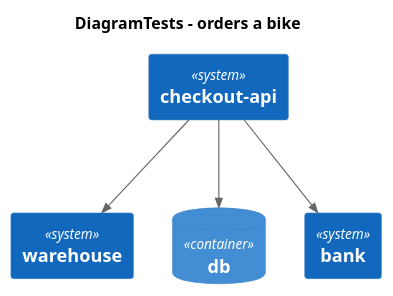
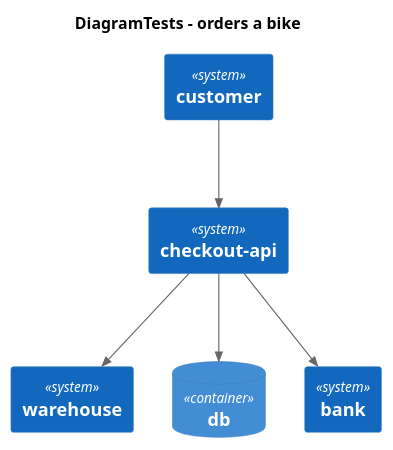
The diagram in diagrams/http4k-diagrams/.generated/DiagramTests - orders a bike - Interactions.puml (p10r/bike-checkout-api), drawn with PlantUML before and after one commit. The commit also changed 4 other files, not shown here.

```diff
--- a/diagrams/http4k-diagrams/.generated/DiagramTests - orders a bike - Interactions.puml
+++ b/diagrams/http4k-diagrams/.generated/DiagramTests - orders a bike - Interactions.puml
@@ -1,14 +1,16 @@
 @startuml
 title DiagramTests - orders a bike
 
 !include https://raw.githubusercontent.com/plantuml-stdlib/C4-PlantUML/master/C4_Container.puml
 
 
+System(customer, "customer")
 System(checkoutapi, "checkout-api")
 System(warehouse, "warehouse")
 ContainerDb(db, "db")
 System(bank, "bank")    
+Rel_D(customer, checkoutapi, " ") 
 Rel_D(checkoutapi, warehouse, " ") 
 Rel_D(checkoutapi, db, " ") 
 Rel_D(checkoutapi, bank, " ")     
 @enduml
```
